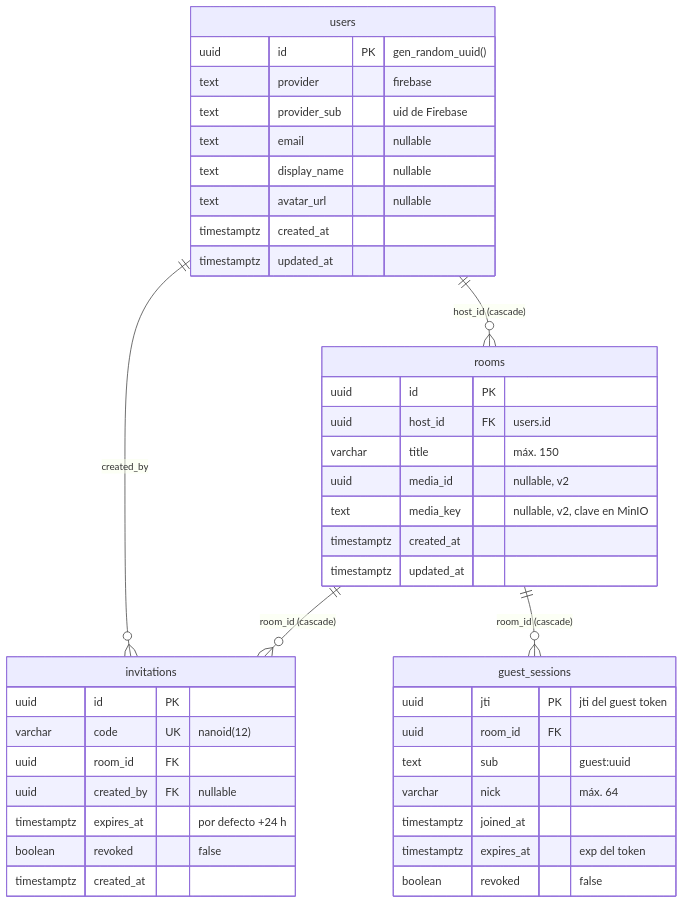
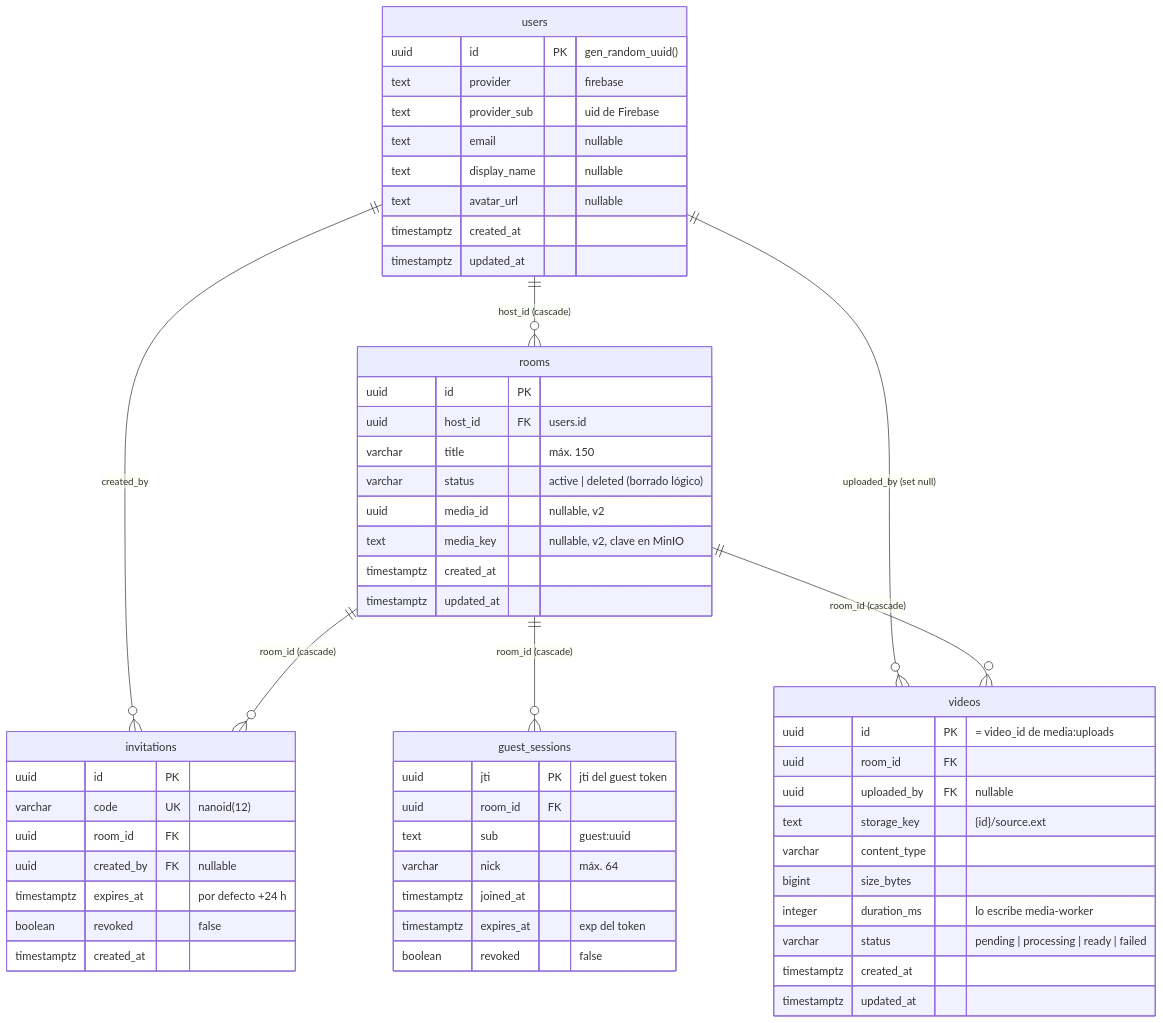
One commit to N1ghtlyC0de/TINT changed the second of 9 diagrams in docs/usuarios-e-identidad.md. Above: the diagram before and after it, drawn with Mermaid. The commit also changed other lines of this file and 5 other files, not shown here.

First line of the commit message:
docs: flujo completo de vídeo, C4, Redis y ERD de todas las tablas

````diff
--- a/docs/usuarios-e-identidad.md
+++ b/docs/usuarios-e-identidad.md
@@ -74,45 +76,60 @@
 ```mermaid
 erDiagram
     users ||--o{ rooms : "host_id (cascade)"
     users ||--o{ invitations : "created_by"
+    users ||--o{ videos : "uploaded_by (set null)"
     rooms ||--o{ invitations : "room_id (cascade)"
     rooms ||--o{ guest_sessions : "room_id (cascade)"
+    rooms ||--o{ videos : "room_id (cascade)"
 
     users {
         uuid id PK "gen_random_uuid()"
         text provider "firebase"
         text provider_sub "uid de Firebase"
         text email "nullable"
         text display_name "nullable"
         text avatar_url "nullable"
         timestamptz created_at
         timestamptz updated_at
     }
     rooms {
         uuid id PK
         uuid host_id FK "users.id"
         varchar title "máx. 150"
+        varchar status "active | deleted (borrado lógico)"
         uuid media_id "nullable, v2"
         text media_key "nullable, v2, clave en MinIO"
         timestamptz created_at
         timestamptz updated_at
     }
     invitations {
         uuid id PK
         varchar code UK "nanoid(12)"
         uuid room_id FK
         uuid created_by FK "nullable"
         timestamptz expires_at "por defecto +24 h"
         boolean revoked "false"
         timestamptz created_at
     }
     guest_sessions {
         uuid jti PK "jti del guest token"
         uuid room_id FK
         text sub "guest:uuid"
         varchar nick "máx. 64"
         timestamptz joined_at
         timestamptz expires_at "exp del token"
         boolean revoked "false"
     }
+    videos {
+        uuid id PK "= video_id de media:uploads"
+        uuid room_id FK
+        uuid uploaded_by FK "nullable"
+        text storage_key "{id}/source.ext"
+        varchar content_type
+        bigint size_bytes
+        integer duration_ms "lo escribe media-worker"
+        varchar status "pending | processing | ready | failed"
+        timestamptz created_at
+        timestamptz updated_at
+    }
 ```
````
